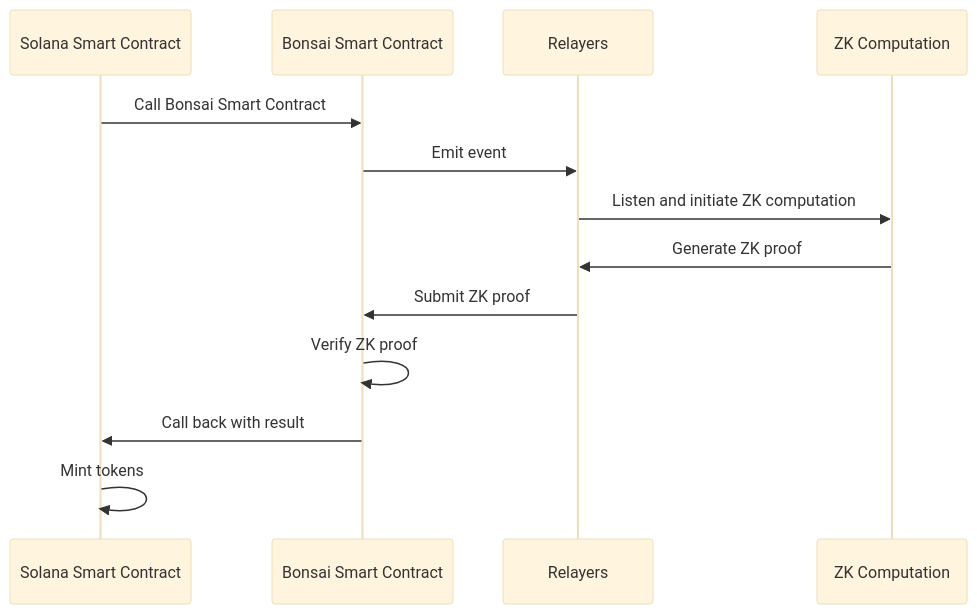
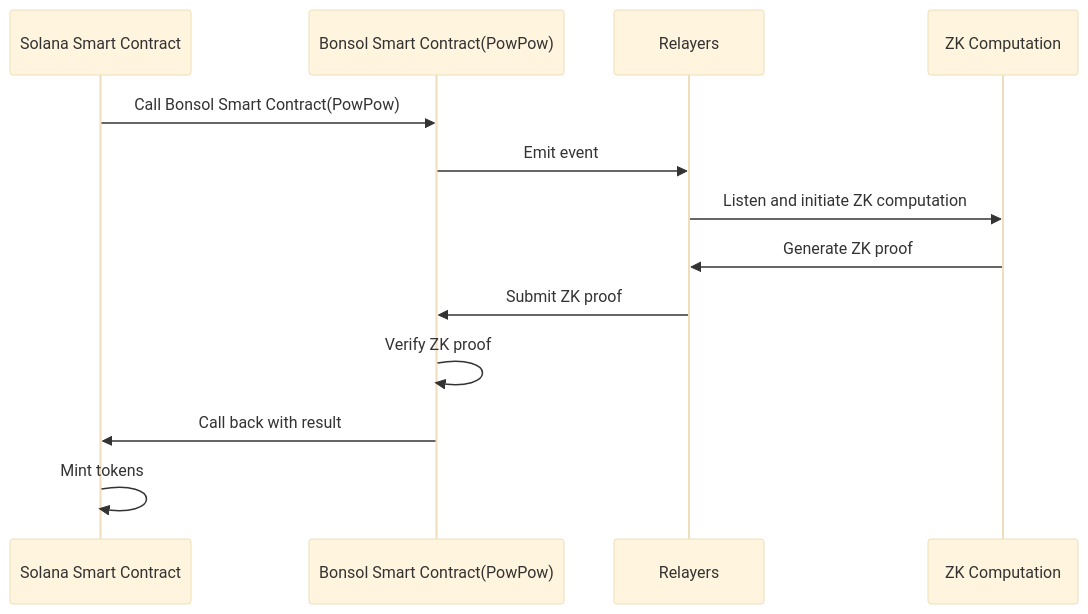
The diagram in docs/docs/tutorials/a-taste-of-bonsol.mdx (anagrambuild/bonsol), drawn with Mermaid (base theme) before and after one commit. The commit also changed other lines of this file and 24 other files, not shown here.

````diff
--- a/docs/docs/tutorials/a-taste-of-bonsol.mdx
+++ b/docs/docs/tutorials/a-taste-of-bonsol.mdx
@@ -67,16 +66,16 @@
 ```mermaid
 sequenceDiagram;
   participant SC as Solana Smart Contract;
-  participant BSC as Bonsai Smart Contract;
+  participant BSC as Bonsol Smart Contract(PowPow);
   participant R as Relayers;
   participant ZK as ZK Computation;
   
-  SC->>BSC: Call Bonsai Smart Contract;
+  SC->>BSC: Call Bonsol Smart Contract(PowPow);
   BSC->>R: Emit event;
   R->>ZK: Listen and initiate ZK computation;
   ZK->>R: Generate ZK proof;
   R->>BSC: Submit ZK proof;
   BSC->>BSC: Verify ZK proof;
   BSC->>SC: Call back with result;
   SC->>SC: Mint tokens;
 ```
````
